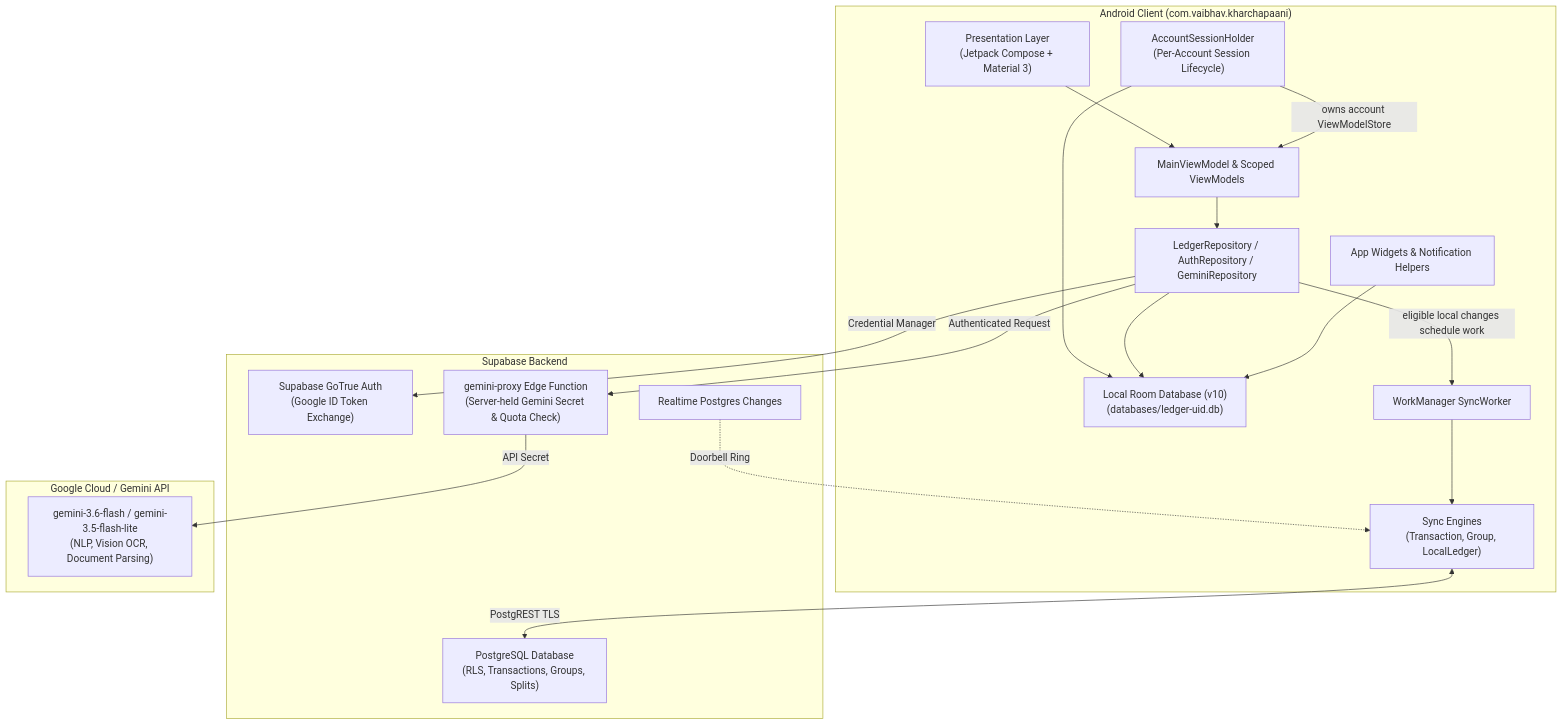
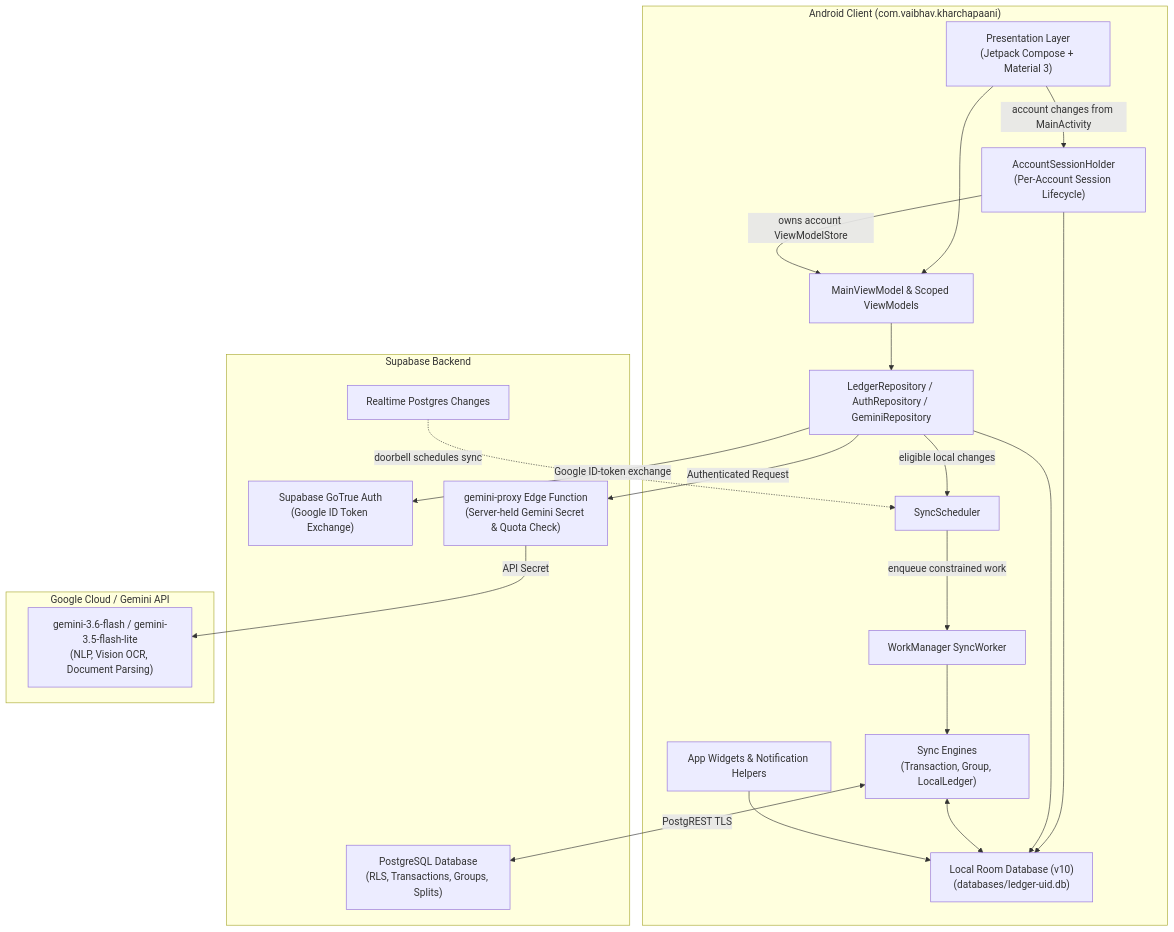
One commit to vaibhavcodesx/kharcha-paani changed the first of 6 diagrams in docs/architecture.md. Above: the diagram before and after it, drawn with Mermaid. The commit also changed other lines of this file, not shown here.

````diff
--- a/docs/architecture.md
+++ b/docs/architecture.md
@@ -13,38 +13,42 @@
 ```mermaid
 flowchart TD
     subgraph Client ["Android Client (com.vaibhav.kharchapaani)"]
         UI["Presentation Layer\n(Jetpack Compose + Material 3)"]
         VM["MainViewModel & Scoped ViewModels"]
         Session["AccountSessionHolder\n(Per-Account Session Lifecycle)"]
         Repo["LedgerRepository / AuthRepository / GeminiRepository"]
         Room["Local Room Database (v10)\n(databases/ledger-uid.db)"]
         SyncEngines["Sync Engines\n(Transaction, Group, LocalLedger)"]
+        Scheduler["SyncScheduler"]
         Worker["WorkManager SyncWorker"]
         Widgets["App Widgets & Notification Helpers"]
     end
 
     subgraph SupabaseCloud ["Supabase Backend"]
         Auth["Supabase GoTrue Auth\n(Google ID Token Exchange)"]
         Postgres["PostgreSQL Database\n(RLS, Transactions, Groups, Splits)"]
         Realtime["Realtime Postgres Changes"]
         Proxy["gemini-proxy Edge Function\n(Server-held Gemini Secret & Quota Check)"]
     end
 
     subgraph GoogleAI ["Google Cloud / Gemini API"]
         Gemini["gemini-3.6-flash / gemini-3.5-flash-lite\n(NLP, Vision OCR, Document Parsing)"]
     end
 
     UI --> VM
+    UI -->|account changes from MainActivity| Session
     Session -->|owns account ViewModelStore| VM
     Session --> Room
     VM --> Repo
     Repo --> Room
-    Repo -->|eligible local changes schedule work| Worker
+    Repo -->|eligible local changes| Scheduler
+    Scheduler -->|enqueue constrained work| Worker
     Worker --> SyncEngines
+    SyncEngines <--> Room
     SyncEngines <-->|PostgREST TLS| Postgres
-    Realtime -.->|Doorbell Ring| SyncEngines
-    Repo -->|Credential Manager| Auth
+    Realtime -.->|doorbell schedules sync| Scheduler
+    Repo -->|Google ID-token exchange| Auth
     Repo -->|Authenticated Request| Proxy
     Proxy -->|API Secret| Gemini
     Widgets --> Room
 ```
````
